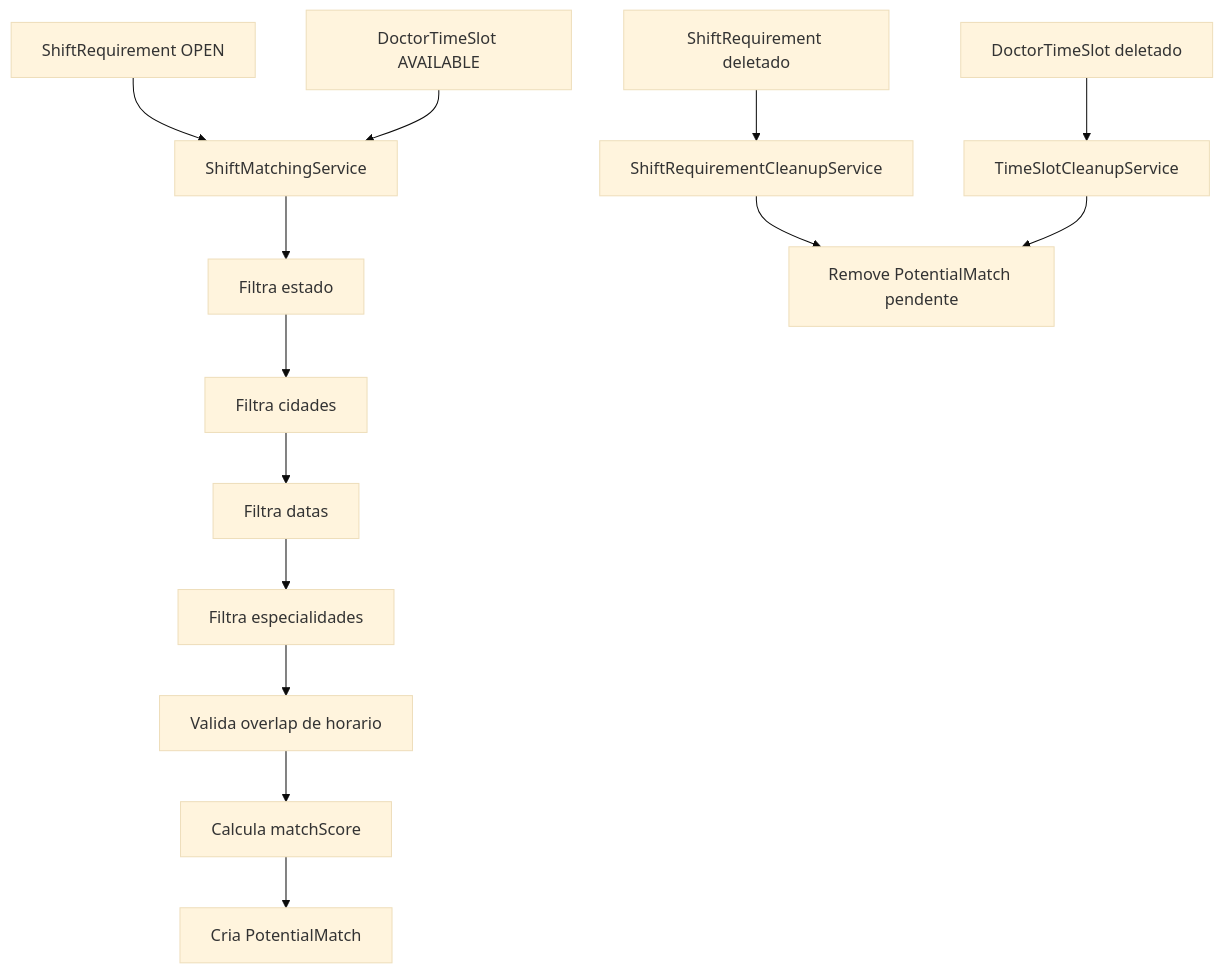
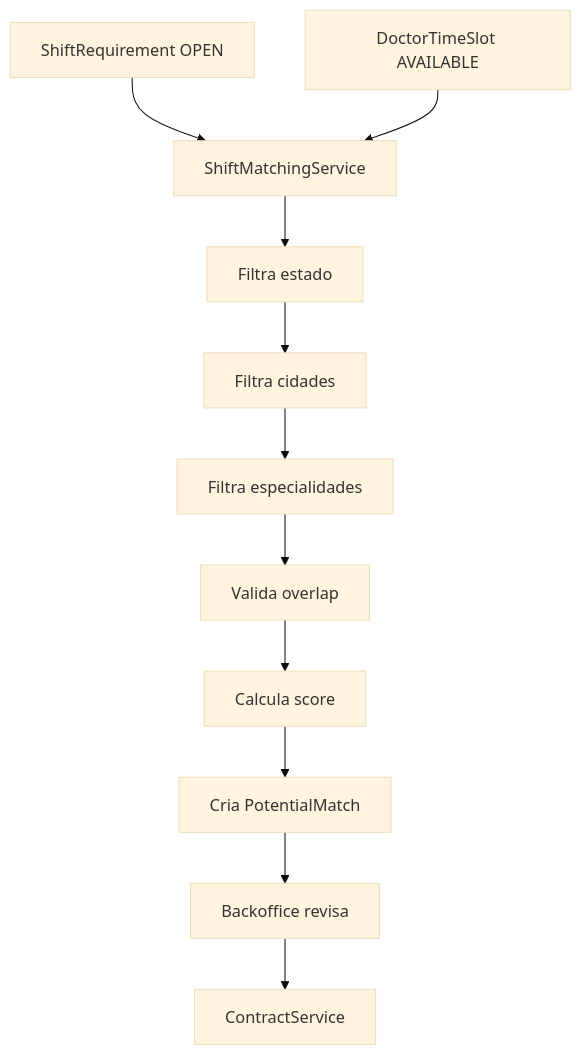
Before and after one commit to thousandtws-tech/tws-fht-clinca-b2y: the fourth of 7 diagrams in org.tws.by2/docs/backend-java-fluxo.md, drawn with Mermaid (base theme). The commit also changed other lines of this file, not shown here.

````diff
--- a/org.tws.by2/docs/backend-java-fluxo.md
+++ b/org.tws.by2/docs/backend-java-fluxo.md
@@ -447,17 +515,13 @@
 ```mermaid
 flowchart TD
   A[ShiftRequirement OPEN] --> B[ShiftMatchingService]
   C[DoctorTimeSlot AVAILABLE] --> B
   B --> D[Filtra estado]
   D --> E[Filtra cidades]
-  E --> F[Filtra datas]
-  F --> G[Filtra especialidades]
-  G --> H[Valida overlap de horario]
-  H --> I[Calcula matchScore]
-  I --> J[Cria PotentialMatch]
-
-  K[ShiftRequirement deletado] --> L[ShiftRequirementCleanupService]
-  M[DoctorTimeSlot deletado] --> N[TimeSlotCleanupService]
-  L --> O[Remove PotentialMatch pendente]
-  N --> O
+  E --> F[Filtra especialidades]
+  F --> G[Valida overlap]
+  G --> H[Calcula score]
+  H --> I[Cria PotentialMatch]
+  I --> J[Backoffice revisa]
+  J --> K[ContractService]
 ```
````
